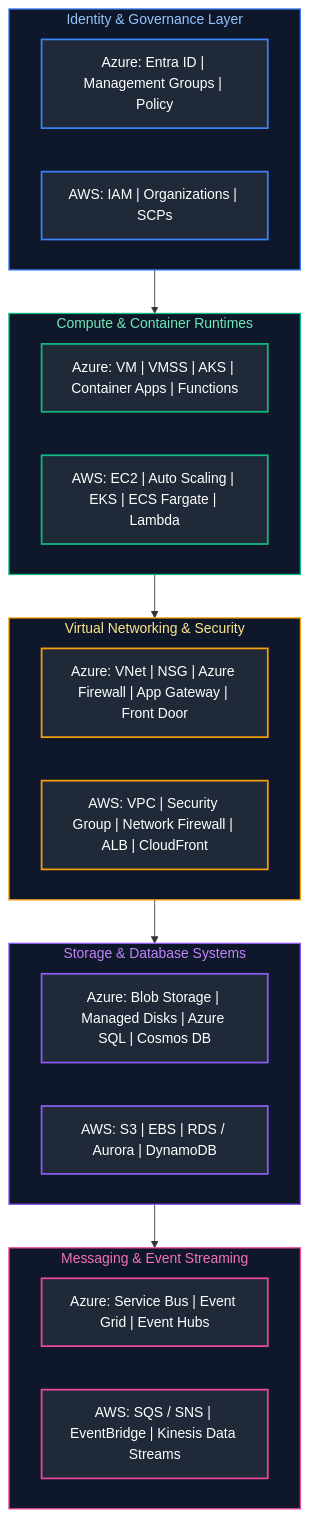
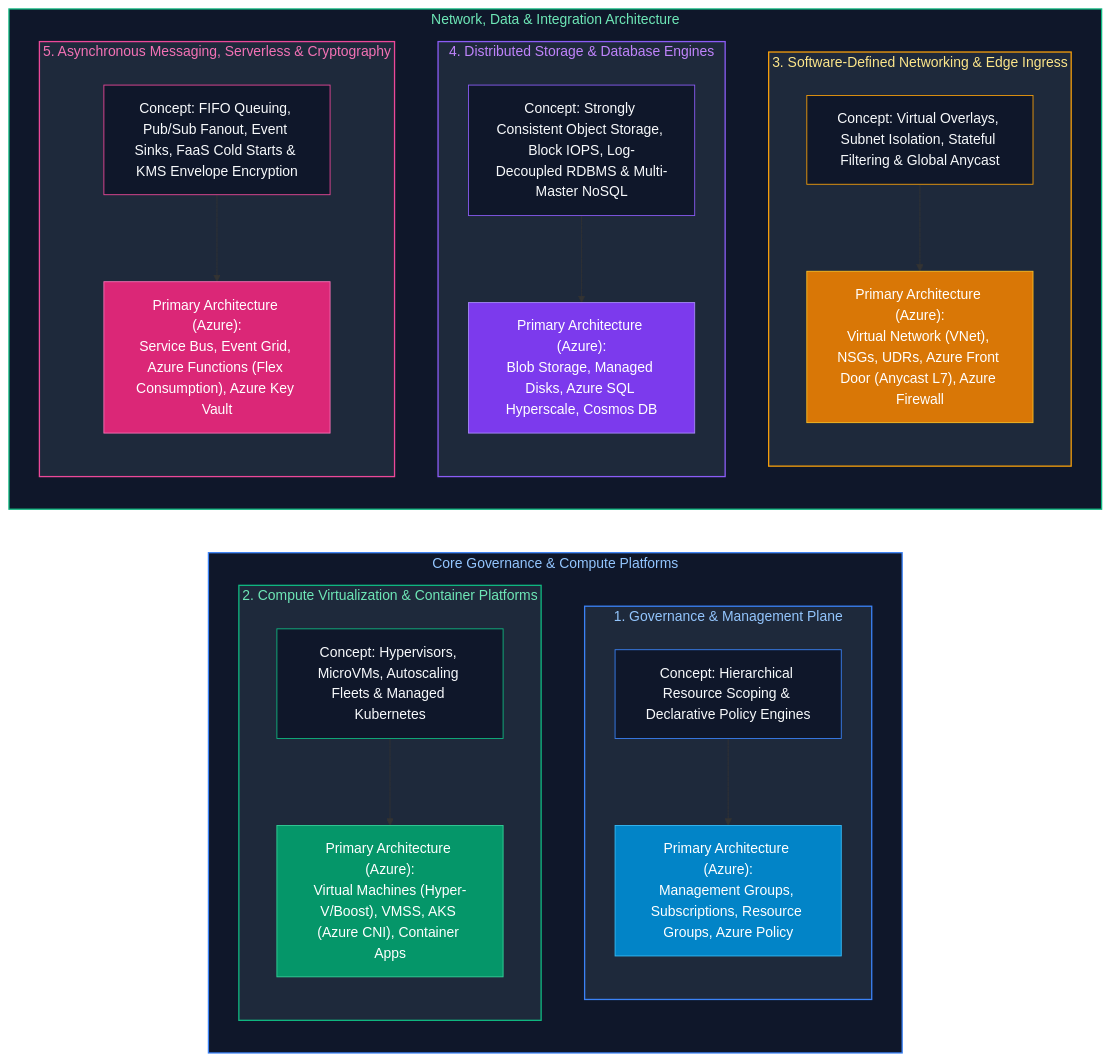
One commit to joydeep-biswas/Interview-Preparation changed the first of 11 diagrams in Cloud Engineering/04_azure_core_services_and_aws_equivalents.md. Above: the diagram before and after it, drawn with Mermaid. The commit also changed other lines of this file and 76 other files, not shown here.

Commit message:
Updated Charts

````diff
--- a/Cloud Engineering/04_azure_core_services_and_aws_equivalents.md
+++ b/Cloud Engineering/04_azure_core_services_and_aws_equivalents.md
@@ -9,49 +9,64 @@
 ```mermaid
-flowchart TD
-    subgraph GovernanceLayer ["Identity & Governance Layer"]
-        AzureGov["Azure: Entra ID | Management Groups | Policy"]
-        AWSGov["AWS: IAM | Organizations | SCPs"]
+flowchart LR
+    subgraph FoundationPlane ["Core Governance & Compute Platforms"]
+        direction TB
+        subgraph Layer1 ["1. Governance & Management Plane"]
+            direction TB
+            L1_Concept["Concept: Hierarchical Resource Scoping & Declarative Policy Engines"]
+            L1_Azure["Primary Architecture (Azure):<br/>Management Groups, Subscriptions, Resource Groups, Azure Policy"]
+            L1_Concept --> L1_Azure
+        end
+
+        subgraph Layer2 ["2. Compute Virtualization & Container Platforms"]
+            direction TB
+            L2_Concept["Concept: Hypervisors, MicroVMs, Autoscaling Fleets & Managed Kubernetes"]
+            L2_Azure["Primary Architecture (Azure):<br/>Virtual Machines (Hyper-V/Boost), VMSS, AKS (Azure CNI), Container Apps"]
+            L2_Concept --> L2_Azure
+        end
     end
 
-    subgraph ComputeLayer ["Compute & Container Runtimes"]
-        AzureCompute["Azure: VM | VMSS | AKS | Container Apps | Functions"]
-        AWSCompute["AWS: EC2 | Auto Scaling | EKS | ECS Fargate | Lambda"]
+    subgraph ServicesPlane ["Network, Data & Integration Architecture"]
+        direction TB
+        subgraph Layer3 ["3. Software-Defined Networking & Edge Ingress"]
+            direction TB
+            L3_Concept["Concept: Virtual Overlays, Subnet Isolation, Stateful Filtering & Global Anycast"]
+            L3_Azure["Primary Architecture (Azure):<br/>Virtual Network (VNet), NSGs, UDRs, Azure Front Door (Anycast L7), Azure Firewall"]
+            L3_Concept --> L3_Azure
+        end
+
+        subgraph Layer4 ["4. Distributed Storage & Database Engines"]
+            direction TB
+            L4_Concept["Concept: Strongly Consistent Object Storage, Block IOPS, Log-Decoupled RDBMS & Multi-Master NoSQL"]
+            L4_Azure["Primary Architecture (Azure):<br/>Blob Storage, Managed Disks, Azure SQL Hyperscale, Cosmos DB"]
+            L4_Concept --> L4_Azure
+        end
+
+        subgraph Layer5 ["5. Asynchronous Messaging, Serverless & Cryptography"]
+            direction TB
+            L5_Concept["Concept: FIFO Queuing, Pub/Sub Fanout, Event Sinks, FaaS Cold Starts & KMS Envelope Encryption"]
+            L5_Azure["Primary Architecture (Azure):<br/>Service Bus, Event Grid, Azure Functions (Flex Consumption), Azure Key Vault"]
+            L5_Concept --> L5_Azure
+        end
     end
 
-    subgraph NetworkLayer ["Virtual Networking & Security"]
-        AzureNet["Azure: VNet | NSG | Azure Firewall | App Gateway | Front Door"]
-        AWSNet["AWS: VPC | Security Group | Network Firewall | ALB | CloudFront"]
-    end
+    style FoundationPlane fill:#0f172a,stroke:#3b82f6,stroke-width:1.5px,color:#93c5fd
+    style ServicesPlane fill:#0f172a,stroke:#10b981,stroke-width:1.5px,color:#6ee7b7
 
-    subgraph DataStorageLayer ["Storage & Database Systems"]
-        AzureData["Azure: Blob Storage | Managed Disks | Azure SQL | Cosmos DB"]
-        AWSData["AWS: S3 | EBS | RDS / Aurora | DynamoDB"]
-    end
+    style Layer1 fill:#1e293b,stroke:#3b82f6,stroke-width:1.5px,color:#93c5fd
+    style Layer2 fill:#1e293b,stroke:#10b981,stroke-width:1.5px,color:#6ee7b7
+    style Layer3 fill:#1e293b,stroke:#f59e0b,stroke-width:1.5px,color:#fde68a
+    style Layer4 fill:#1e293b,stroke:#8b5cf6,stroke-width:1.5px,color:#c084fc
+    style Layer5 fill:#1e293b,stroke:#ec4899,stroke-width:1.5px,color:#f472b6
 
-    subgraph MessagingLayer ["Messaging & Event Streaming"]
-        AzureMsg["Azure: Service Bus | Event Grid | Event Hubs"]
-        AWSMsg["AWS: SQS / SNS | EventBridge | Kinesis Data Streams"]
-    end
+    style L1_Concept fill:#0f172a,stroke:#3b82f6,stroke-width:1px,color:#f8fafc
+    style L2_Concept fill:#0f172a,stroke:#10b981,stroke-width:1px,color:#f8fafc
+    style L3_Concept fill:#0f172a,stroke:#f59e0b,stroke-width:1px,color:#f8fafc
+    style L4_Concept fill:#0f172a,stroke:#8b5cf6,stroke-width:1px,color:#f8fafc
+    style L5_Concept fill:#0f172a,stroke:#ec4899,stroke-width:1px,color:#f8fafc
 
-    GovernanceLayer --> ComputeLayer
-    ComputeLayer --> NetworkLayer
-    NetworkLayer --> DataStorageLayer
-    DataStorageLayer --> MessagingLayer
-
-    style GovernanceLayer fill:#0f172a,stroke:#3b82f6,stroke-width:1.5px,color:#93c5fd
-    style ComputeLayer fill:#0f172a,stroke:#10b981,stroke-width:1.5px,color:#6ee7b7
-    style NetworkLayer fill:#0f172a,stroke:#f59e0b,stroke-width:1.5px,color:#fde68a
-    style DataStorageLayer fill:#0f172a,stroke:#8b5cf6,stroke-width:1.5px,color:#c084fc
-    style MessagingLayer fill:#0f172a,stroke:#ec4899,stroke-width:1.5px,color:#f472b6
-
-    style AzureGov fill:#1f2937,stroke:#3b82f6,stroke-width:2px,color:#fff
-    style AWSGov fill:#1f2937,stroke:#3b82f6,stroke-width:2px,color:#fff
-    style AzureCompute fill:#1f2937,stroke:#10b981,stroke-width:2px,color:#fff
-    style AWSCompute fill:#1f2937,stroke:#10b981,stroke-width:2px,color:#fff
-    style AzureNet fill:#1f2937,stroke:#f59e0b,stroke-width:2px,color:#fff
-    style AWSNet fill:#1f2937,stroke:#f59e0b,stroke-width:2px,color:#fff
-    style AzureData fill:#1f2937,stroke:#8b5cf6,stroke-width:2px,color:#fff
-    style AWSData fill:#1f2937,stroke:#8b5cf6,stroke-width:2px,color:#fff
-    style AzureMsg fill:#1f2937,stroke:#ec4899,stroke-width:2px,color:#fff
-    style AWSMsg fill:#1f2937,stroke:#ec4899,stroke-width:2px,color:#fff
+    style L1_Azure fill:#0284c7,stroke:#38bdf8,stroke-width:1px,color:#fff
+    style L2_Azure fill:#059669,stroke:#34d399,stroke-width:1px,color:#fff
+    style L3_Azure fill:#d97706,stroke:#fbbf24,stroke-width:1px,color:#fff
+    style L4_Azure fill:#7c3aed,stroke:#a78bfa,stroke-width:1px,color:#fff
+    style L5_Azure fill:#db2777,stroke:#f472b6,stroke-width:1px,color:#fff
 ```
````
